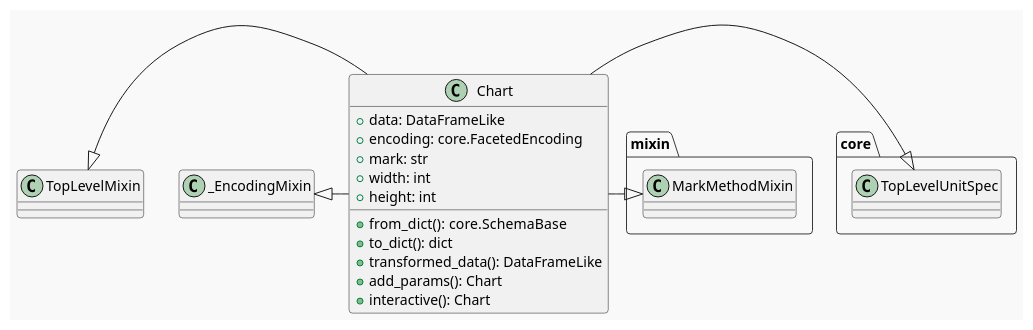
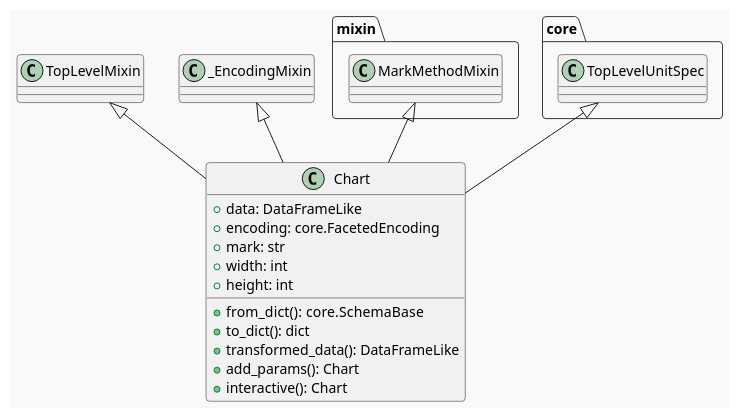
Before and after one commit to necromuralist/Bowling-For-Data: the first of 6 diagrams in posts/introduction-to-altair-countries-per-year.org, drawn with PlantUML. The commit also changed other lines of this file and 2 other files, not shown here.

Commit message:
Moved the UML around and added some text to explain the Altair chart introduction

```diff
--- a/posts/introduction-to-altair-countries-per-year.org
+++ b/posts/introduction-to-altair-countries-per-year.org
@@ -312,22 +314,22 @@
 #+begin_src plantuml :file ../files/posts/introduction-to-altair-countries-per-year/chart.png :exports none
 !theme mars
 
 class Chart {
  + data: DataFrameLike
  + encoding: core.FacetedEncoding
  + mark: str
  + width: int
  + height: int
 
  + from_dict():  core.SchemaBase
  + to_dict(): dict
  + transformed_data(): DataFrameLike
  + add_params(): Chart
  + interactive(): Chart
 }
 
-TopLevelMixin <|- Chart
-_EncodingMixin <|- Chart
-mixin.MarkMethodMixin <|- Chart
-core.TopLevelUnitSpec <|- Chart
+TopLevelMixin <|-- Chart
+_EncodingMixin <|-- Chart
+mixin.MarkMethodMixin <|-- Chart
+core.TopLevelUnitSpec <|-- Chart
 #+end_src
```
